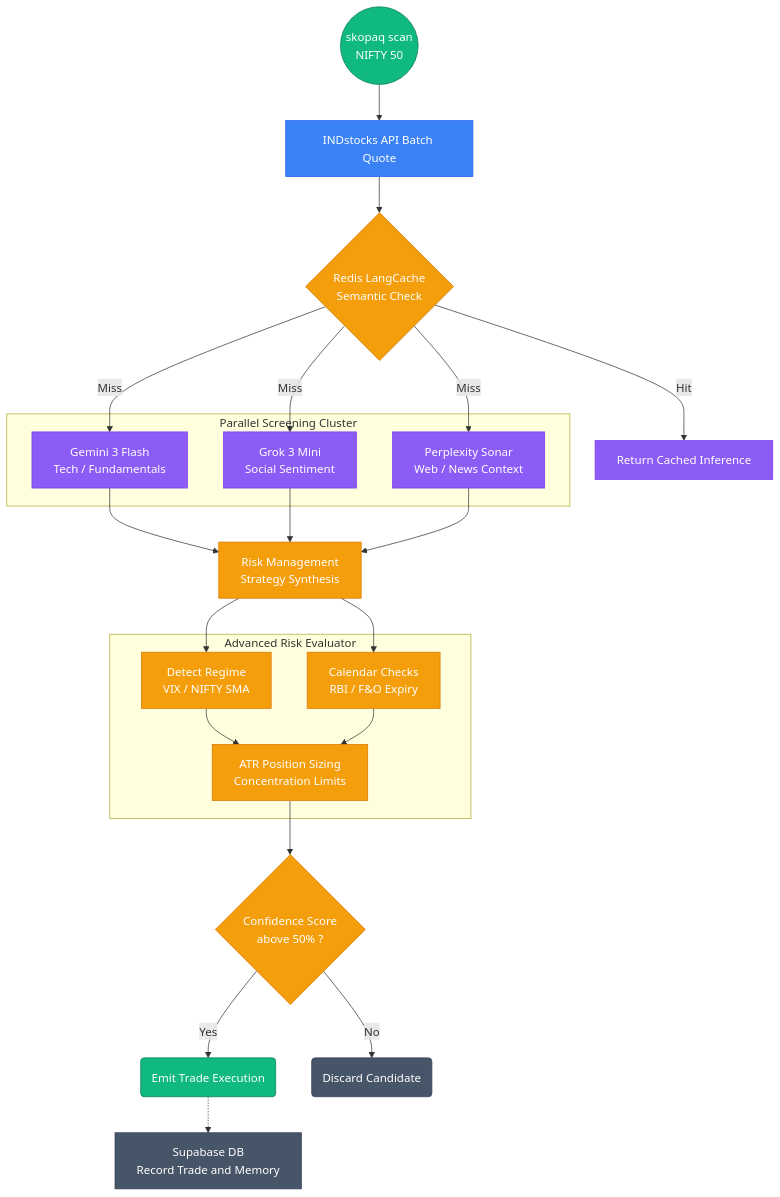
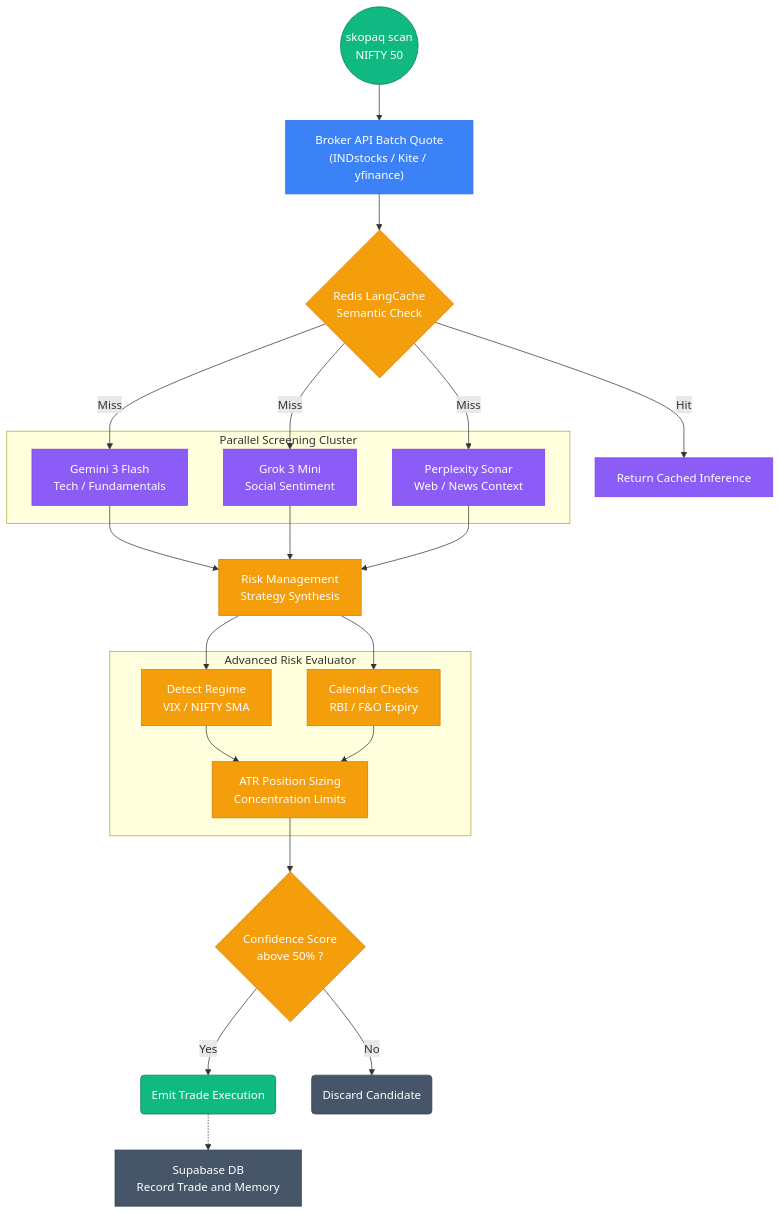
Before and after one commit to samuelvinay91/skopaqtrader: the fourth of 4 diagrams in README.md, drawn with Mermaid. The commit also changed other lines of this file and 1 other file, not shown here.

First line of the commit message:
docs: update README and CLAUDE.md for Kite Connect and MarketDataProvider

````diff
--- a/README.md
+++ b/README.md
@@ -180,47 +181,47 @@
 ```mermaid
 flowchart TD
     classDef trigger fill:#10b981,stroke:#047857,color:#fff
     classDef data fill:#3b82f6,stroke:#2563eb,color:#fff
     classDef llm fill:#8b5cf6,stroke:#7c3aed,color:#fff
     classDef check fill:#f59e0b,stroke:#d97706,color:#fff
     classDef memory fill:#475569,stroke:#334155,color:#fff
 
     Start(("skopaq scan<br/>NIFTY 50")):::trigger
-    INDapi["INDstocks API Batch Quote"]:::data
+    INDapi["Broker API Batch Quote<br/>(INDstocks / Kite / yfinance)"]:::data
     CacheCheck{"Redis LangCache<br/>Semantic Check"}:::check
     CachedData["Return Cached Inference"]:::llm
 
     Start --> INDapi --> CacheCheck
     CacheCheck -- "Hit" --> CachedData
     CacheCheck -- "Miss" --> Gemini
 
     subgraph Screeners["Parallel Screening Cluster"]
         Gemini["Gemini 3 Flash<br/>Tech / Fundamentals"]:::llm
         Grok["Grok 3 Mini<br/>Social Sentiment"]:::llm
         Perplexity["Perplexity Sonar<br/>Web / News Context"]:::llm
     end
 
     CacheCheck -- "Miss" --> Grok
     CacheCheck -- "Miss" --> Perplexity
 
     Gemini --> Synthesis["Risk Management<br/>Strategy Synthesis"]:::check
     Grok --> Synthesis
     Perplexity --> Synthesis
 
     subgraph RiskEval["Advanced Risk Evaluator"]
         Regime["Detect Regime<br/>VIX / NIFTY SMA"]:::check
         Events["Calendar Checks<br/>RBI / F&O Expiry"]:::check
         Size["ATR Position Sizing<br/>Concentration Limits"]:::check
     end
 
     Synthesis --> Regime
     Synthesis --> Events
     Regime --> Size
     Events --> Size
     Size --> Confidence{"Confidence Score<br/>above 50% ?"}:::check
 
     Confidence -- "Yes" --> EmitTrade("Emit Trade Execution"):::trigger
     Confidence -- "No" --> Drop("Discard Candidate"):::memory
 
     EmitTrade -.-> SupaDB["Supabase DB<br/>Record Trade and Memory"]:::memory
 ```
````
